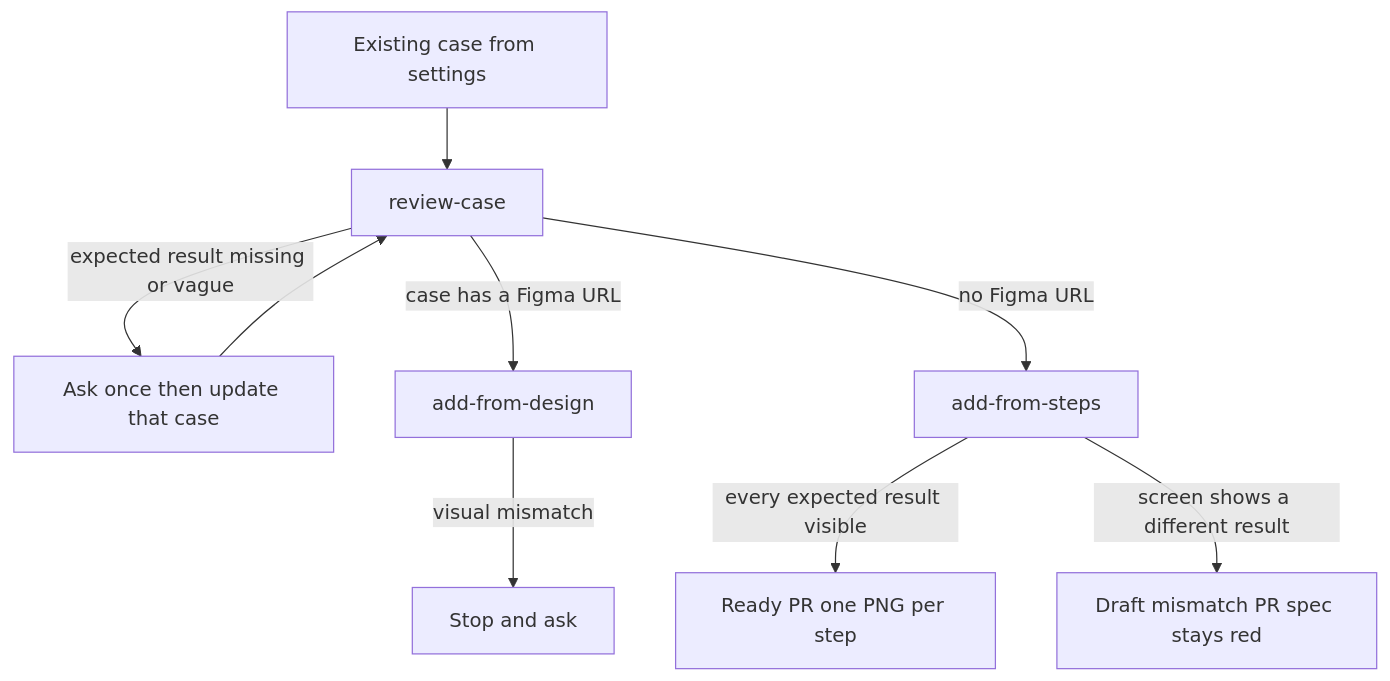
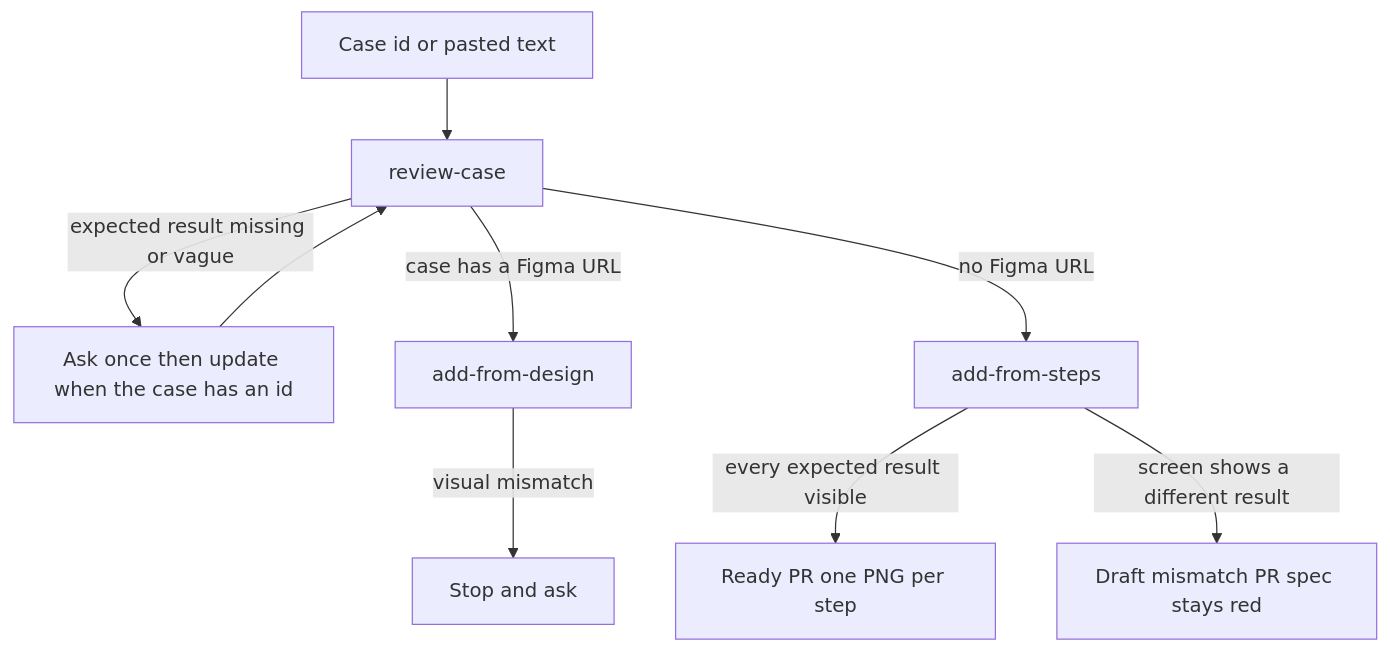
One commit to bogdanOwner/e2e-qa-pilot changed the diagram in README.md. Above: the diagram before and after it, drawn with Mermaid. The commit also changed other lines of this file and 12 other files, not shown here.

Commit message:
Support text or Id of an existing case(Jira/Qase)

````diff
--- a/README.md
+++ b/README.md
@@ -51,19 +53,19 @@
 ```mermaid
 flowchart TD
-  caseNode[Existing case from settings]
+  caseNode[Case id or pasted text]
   review[review-case]
-  questions[Ask once then update that case]
+  questions[Ask once then update when the case has an id]
   designSkill[add-from-design]
   stepsSkill[add-from-steps]
   readyPr[Ready PR one PNG per step]
   stopPr[Draft mismatch PR spec stays red]
   askHuman[Stop and ask]
   caseNode --> review
   review -->|expected result missing or vague| questions
   questions --> review
   review -->|case has a Figma URL| designSkill
   review -->|no Figma URL| stepsSkill
   stepsSkill -->|every expected result visible| readyPr
   stepsSkill -->|screen shows a different result| stopPr
   designSkill -->|visual mismatch| askHuman
 ```
````
